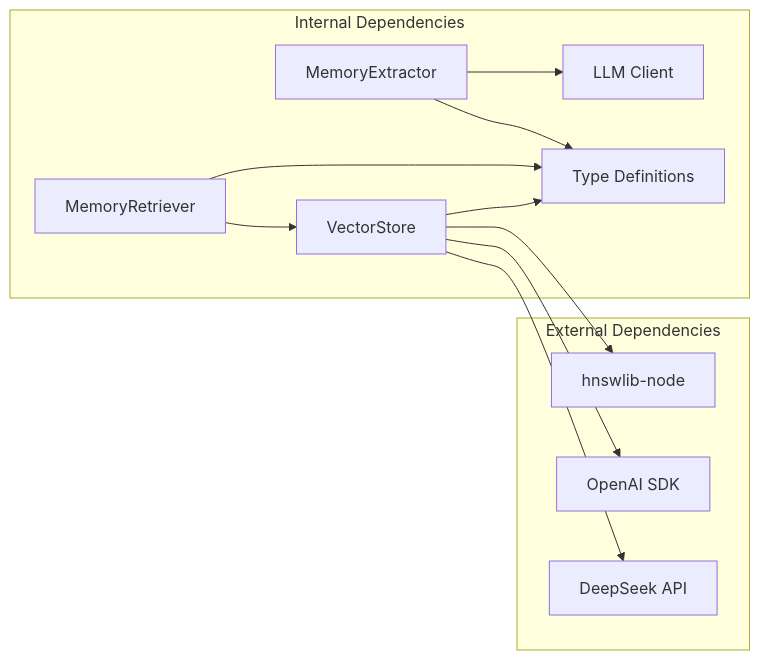
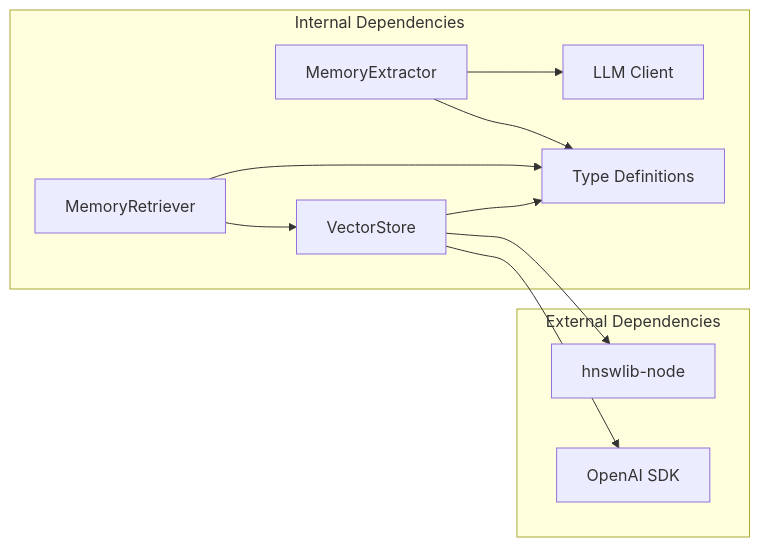
One commit to liwonder/NARRITIVE_OS changed the seventh of 8 diagrams in .qoder/repowiki/en/content/Memory Management System/Vector Store Class.md. Above: the diagram before and after it, drawn with Mermaid. The commit also changed other lines of this file and 14 other files, not shown here.

````diff
--- a/.qoder/repowiki/en/content/Memory Management System/Vector Store Class.md
+++ b/.qoder/repowiki/en/content/Memory Management System/Vector Store Class.md
@@ -300,23 +333,21 @@
 ```mermaid
 graph LR
 subgraph "External Dependencies"
 HNSW[hnswlib-node]
 OpenAI[OpenAI SDK]
-DeepSeek[DeepSeek API]
 end
 subgraph "Internal Dependencies"
 VS[VectorStore]
 MR[MemoryRetriever]
 LLM[LLM Client]
 ME[MemoryExtractor]
 Types[Type Definitions]
 end
 VS --> HNSW
 VS --> OpenAI
-VS --> DeepSeek
 MR --> VS
 ME --> LLM
 VS --> Types
 MR --> Types
 ME --> Types
 ```
````
